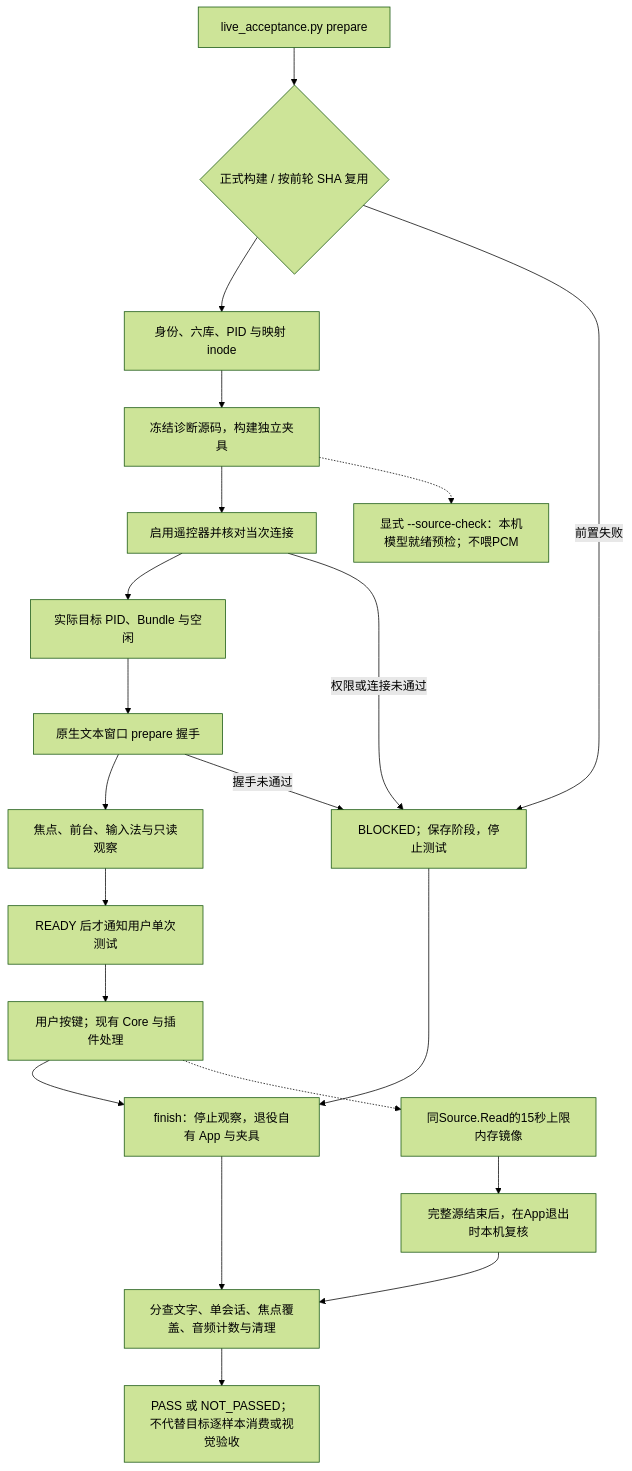
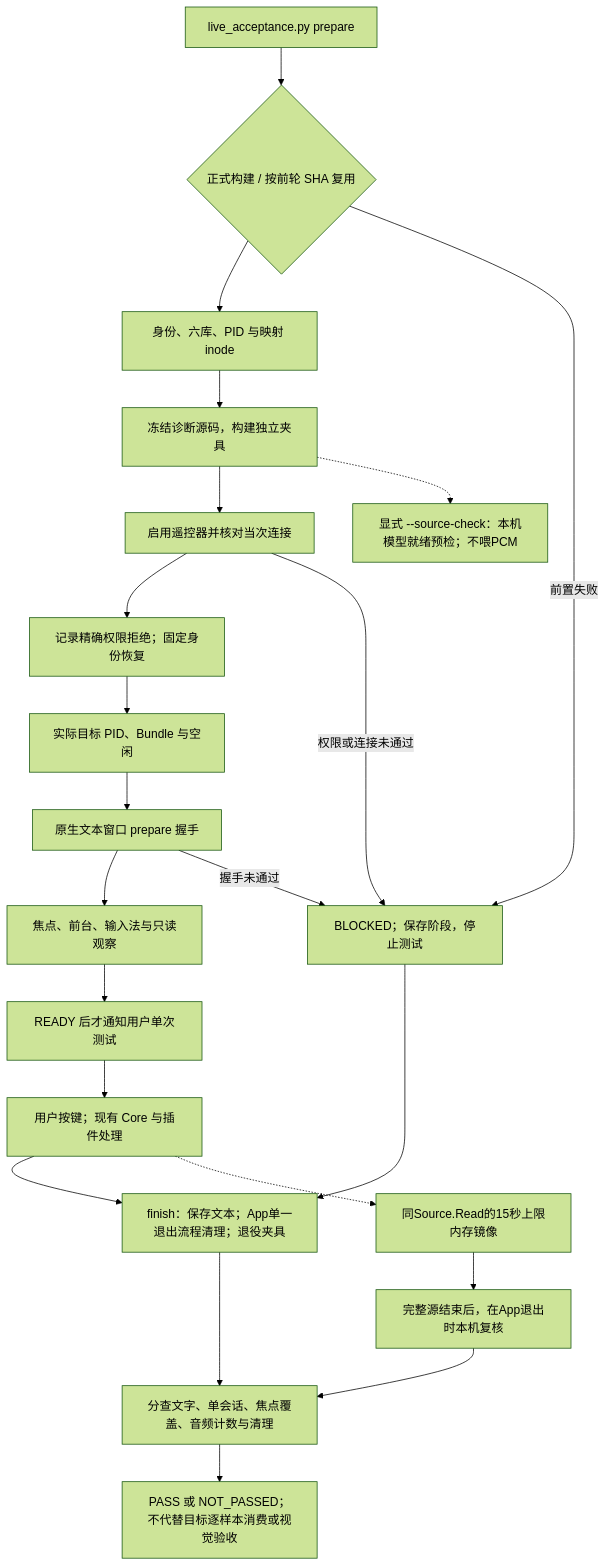
Before and after one commit to daftAI2026/MiMac: the diagram in tools/workbench/diagrams/live-acceptance.mmd, drawn with Mermaid (forest theme). The commit also changed 3 other files, not shown here.

```diff
--- a/tools/workbench/diagrams/live-acceptance.mmd
+++ b/tools/workbench/diagrams/live-acceptance.mmd
@@ -1,21 +1,22 @@
 flowchart TD
     entry["live_acceptance.py prepare"] --> fixed{"正式构建 / 按前轮 SHA 复用"}
     fixed --> identity["身份、六库、PID 与映射 inode"]
     identity --> native["冻结诊断源码，构建独立夹具"]
     native --> route["启用遥控器并核对当次连接"]
-    route --> idle["实际目标 PID、Bundle 与空闲"]
+    route --> permission["记录精确权限拒绝；固定身份恢复"]
+    permission --> idle["实际目标 PID、Bundle 与空闲"]
     idle --> client["原生文本窗口 prepare 握手"]
     client --> focus["焦点、前台、输入法与只读观察"]
     focus --> ready["READY 后才通知用户单次测试"]
     fixed -->|前置失败| blocked["BLOCKED；保存阶段，停止测试"]
     route -->|权限或连接未通过| blocked
     client -->|握手未通过| blocked
     ready --> human["用户按键；现有 Core 与插件处理"]
-    human --> finish["finish：停止观察，退役自有 App 与夹具"]
+    human --> finish["finish：保存文本；App单一退出流程清理；退役夹具"]
     blocked --> finish
     finish --> evidence["分查文字、单会话、焦点覆盖、音频计数与清理"]
     evidence --> result["PASS 或 NOT_PASSED；不代替目标逐样本消费或视觉验收"]
     native -.-> probeMode["显式 --source-check：本机模型就绪预检；不喂PCM"]
     human -.-> mirror["同Source.Read的15秒上限内存镜像"]
     mirror --> exitReplay["完整源结束后，在App退出时本机复核"]
     exitReplay --> evidence
```
